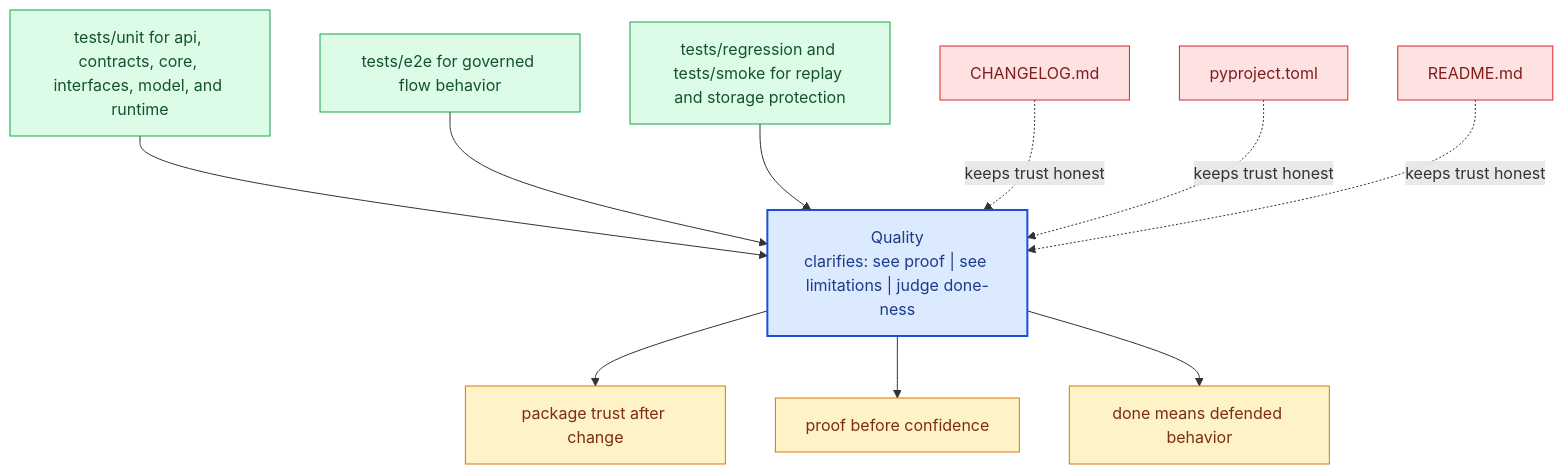
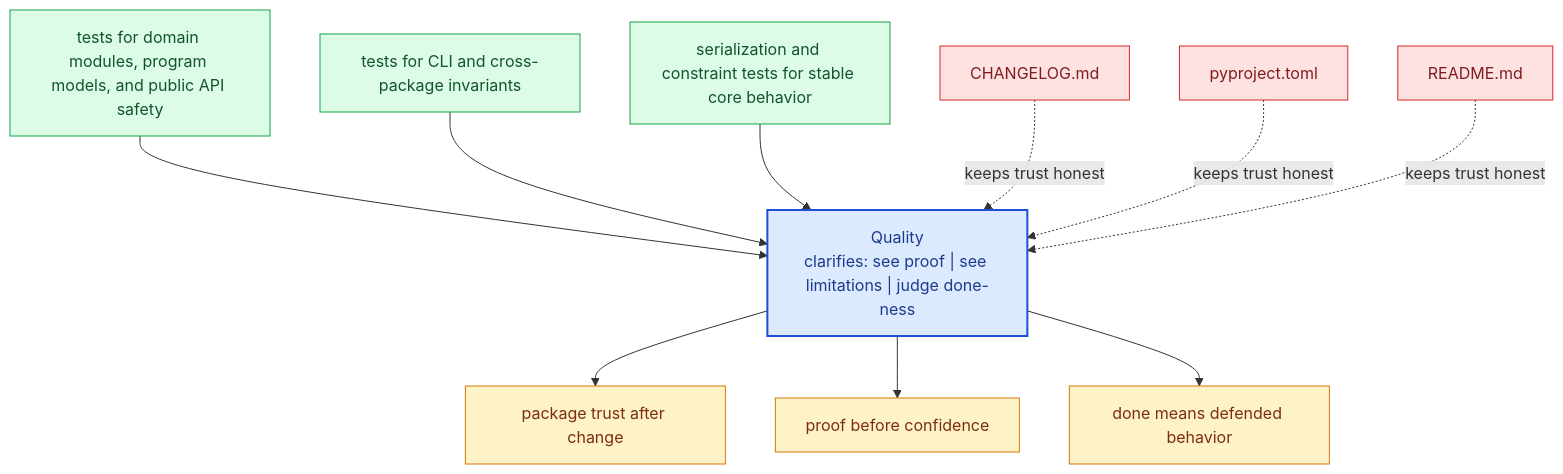
Before and after one commit to bijux/bijux-proteomics: the diagram in docs/bijux-proteomics-core/quality/index.md, drawn with Mermaid. The commit also changed other lines of this file, not shown here.

Commit message:
docs(core-quality): replace template proof claims with concrete test anchors

````diff
--- a/docs/bijux-proteomics-core/quality/index.md
+++ b/docs/bijux-proteomics-core/quality/index.md
@@ -20,31 +20,31 @@
 ```mermaid
 flowchart TB
     page["Quality<br/>clarifies: see proof | see limitations | judge done-ness"]
     classDef page fill:#dbeafe,stroke:#1d4ed8,color:#1e3a8a,stroke-width:2px;
     classDef positive fill:#dcfce7,stroke:#16a34a,color:#14532d;
     classDef caution fill:#fee2e2,stroke:#dc2626,color:#7f1d1d;
     classDef anchor fill:#ede9fe,stroke:#7c3aed,color:#4c1d95;
     classDef action fill:#fef3c7,stroke:#d97706,color:#7c2d12;
-    proof1["tests/unit for api, contracts, core, interfaces, model, and runtime"]
+    proof1["tests for domain modules, program models, and public API safety"]
     proof1 --> page
-    proof2["tests/e2e for governed flow behavior"]
+    proof2["tests for CLI and cross-package invariants"]
     proof2 --> page
-    proof3["tests/regression and tests/smoke for replay and storage protection"]
+    proof3["serialization and constraint tests for stable core behavior"]
     proof3 --> page
     risk1["CHANGELOG.md"]
     risk1 -.keeps trust honest.-> page
     risk2["pyproject.toml"]
     risk2 -.keeps trust honest.-> page
     risk3["README.md"]
     risk3 -.keeps trust honest.-> page
     bar1["package trust after change"]
     page --> bar1
     bar2["proof before confidence"]
     page --> bar2
     bar3["done means defended behavior"]
     page --> bar3
     class page page;
     class proof1,proof2,proof3 positive;
     class risk1,risk2,risk3 caution;
     class bar1,bar2,bar3 action;
 ```
````
